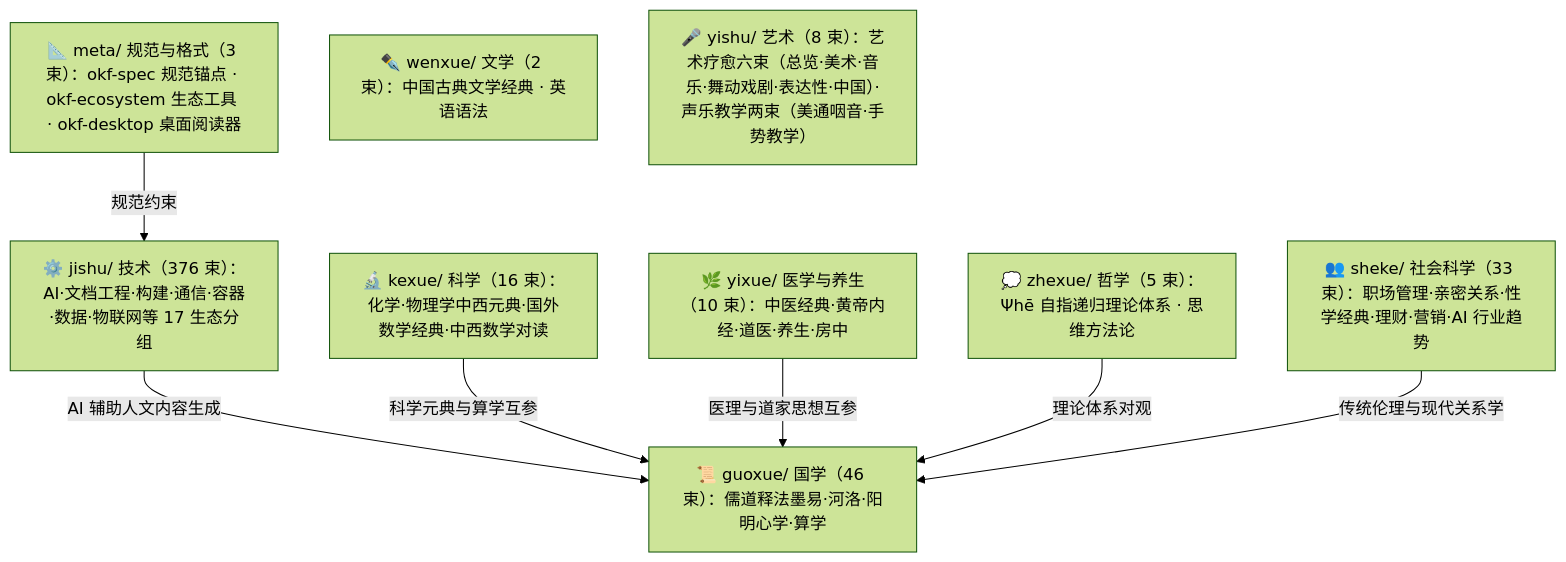
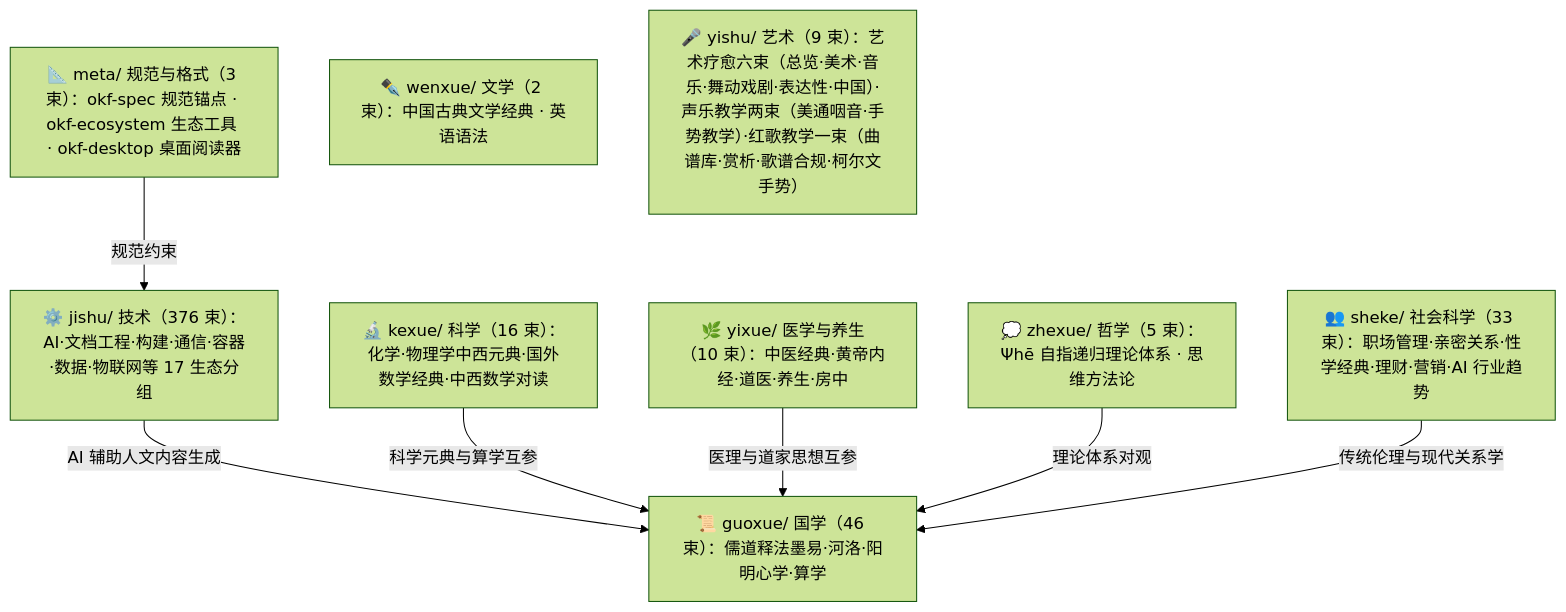
The diagram in doc/bundles/index.md (awesome-flexloop/awesome-okf), drawn with Mermaid (forest theme) before and after one commit. The commit also changed other lines of this file and 3 other files, not shown here.

````diff
--- a/doc/bundles/index.md
+++ b/doc/bundles/index.md
@@ -21,18 +21,18 @@
 ```mermaid
 flowchart TD
     meta["📐 meta/ 规范与格式（3 束）：okf-spec 规范锚点 · okf-ecosystem 生态工具 · okf-desktop 桌面阅读器"]
     guoxue["📜 guoxue/ 国学（46 束）：儒道释法墨易·河洛·阳明心学·算学"]
     zhexue["💭 zhexue/ 哲学（5 束）：Ψhē 自指递归理论体系 · 思维方法论"]
     kexue["🔬 kexue/ 科学（16 束）：化学·物理学中西元典·国外数学经典·中西数学对读"]
     wenxue["✒️ wenxue/ 文学（2 束）：中国古典文学经典 · 英语语法"]
     yixue["🌿 yixue/ 医学与养生（10 束）：中医经典·黄帝内经·道医·养生·房中"]
     sheke["👥 sheke/ 社会科学（33 束）：职场管理·亲密关系·性学经典·理财·营销·AI 行业趋势"]
-    yishu["🎤 yishu/ 艺术（8 束）：艺术疗愈六束（总览·美术·音乐·舞动戏剧·表达性·中国）·声乐教学两束（美通咽音·手势教学）"]
+    yishu["🎤 yishu/ 艺术（9 束）：艺术疗愈六束（总览·美术·音乐·舞动戏剧·表达性·中国）·声乐教学两束（美通咽音·手势教学）·红歌教学一束（曲谱库·赏析·歌谱合规·柯尔文手势）"]
     jishu["⚙️ jishu/ 技术（376 束）：AI·文档工程·构建·通信·容器·数据·物联网等 17 生态分组"]
     meta -->|"规范约束"| jishu
     jishu -->|"AI 辅助人文内容生成"| guoxue
     kexue -->|"科学元典与算学互参"| guoxue
     yixue -->|"医理与道家思想互参"| guoxue
     zhexue -->|"理论体系对观"| guoxue
     sheke -->|"传统伦理与现代关系学"| guoxue
 ```
````
